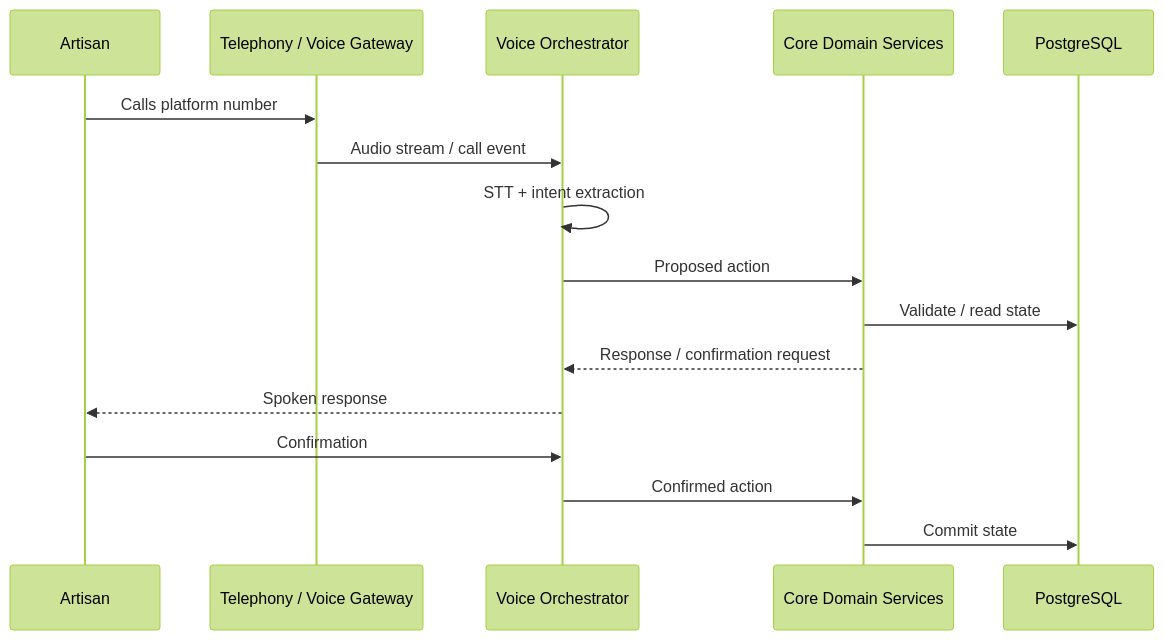
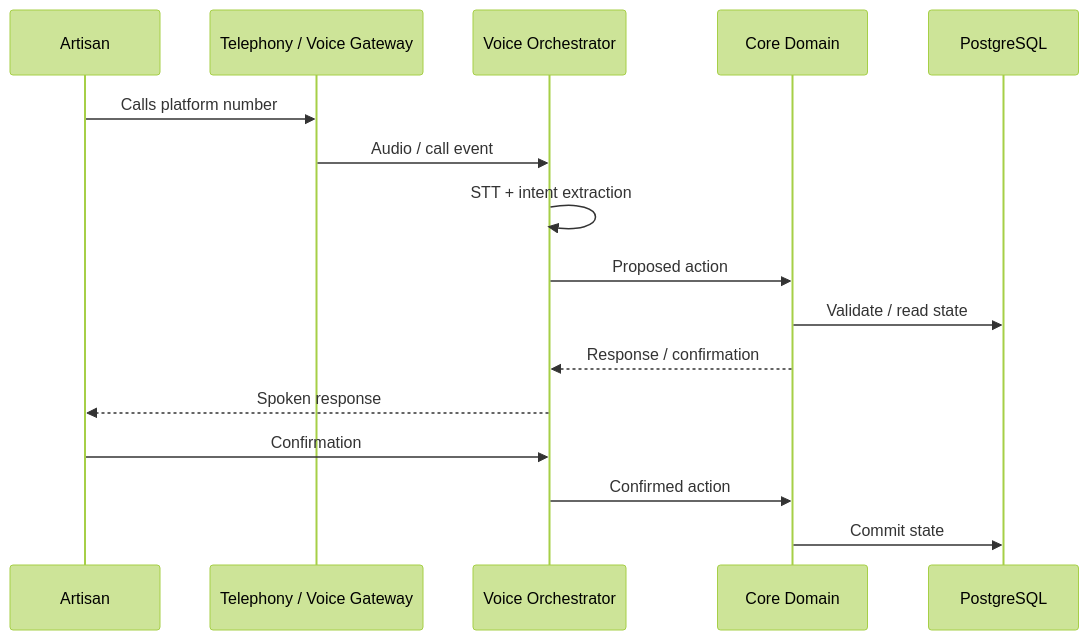
One commit to LaKsHaY5280/SIH-strat changed diagram 15 of 16 in ARCHITECTURE_26090.md. Above: the diagram before and after it, drawn with Mermaid (forest theme). The commit also changed other lines of this file, not shown here.

Commit message:
architecture v2

````diff
--- a/ARCHITECTURE_26090.md
+++ b/ARCHITECTURE_26090.md
@@ -1266,19 +1861,21 @@
 ```mermaid
 sequenceDiagram
     participant Artisan as Artisan
     participant Telco as Telephony / Voice Gateway
     participant Voice as Voice Orchestrator
-    participant Domain as Core Domain Services
+    participant Domain as Core Domain
     participant DB as PostgreSQL
 
     Artisan->>Telco: Calls platform number
-    Telco->>Voice: Audio stream / call event
+    Telco->>Voice: Audio / call event
     Voice->>Voice: STT + intent extraction
+
     Voice->>Domain: Proposed action
     Domain->>DB: Validate / read state
-    Domain-->>Voice: Response / confirmation request
+    Domain-->>Voice: Response / confirmation
     Voice-->>Artisan: Spoken response
+
     Artisan->>Voice: Confirmation
     Voice->>Domain: Confirmed action
     Domain->>DB: Commit state
 ```
````
